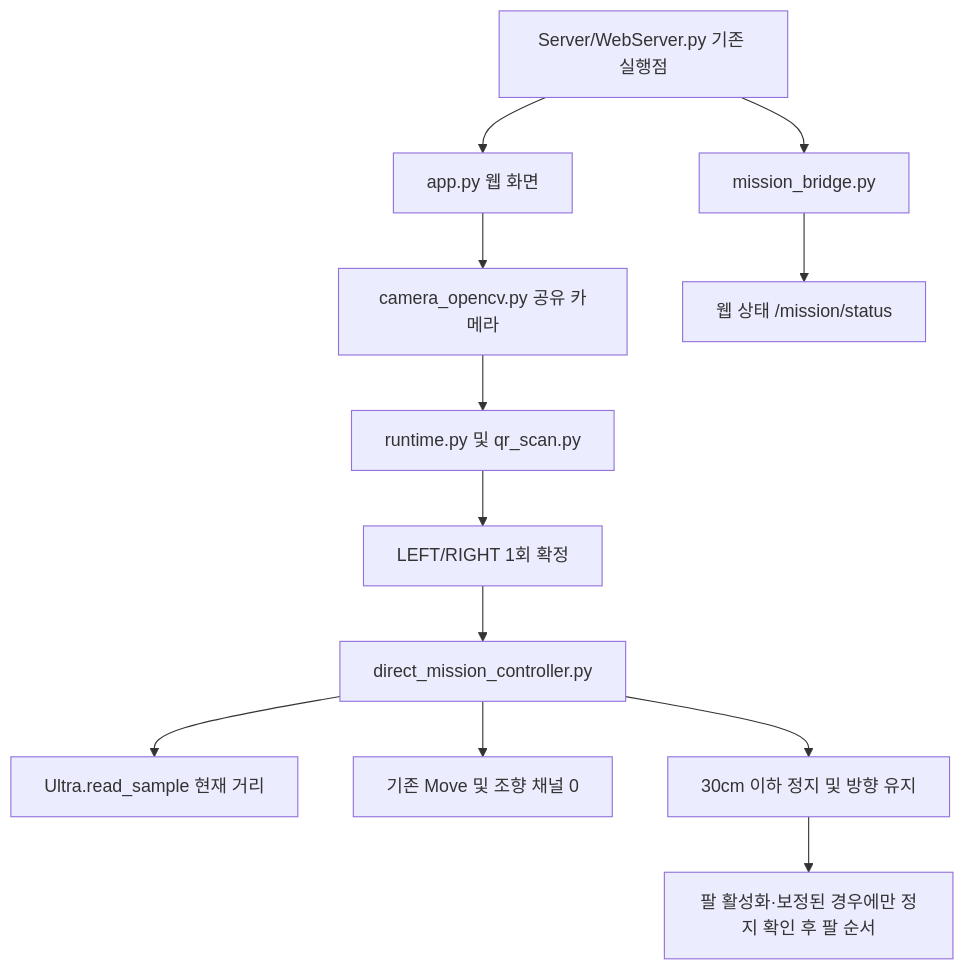
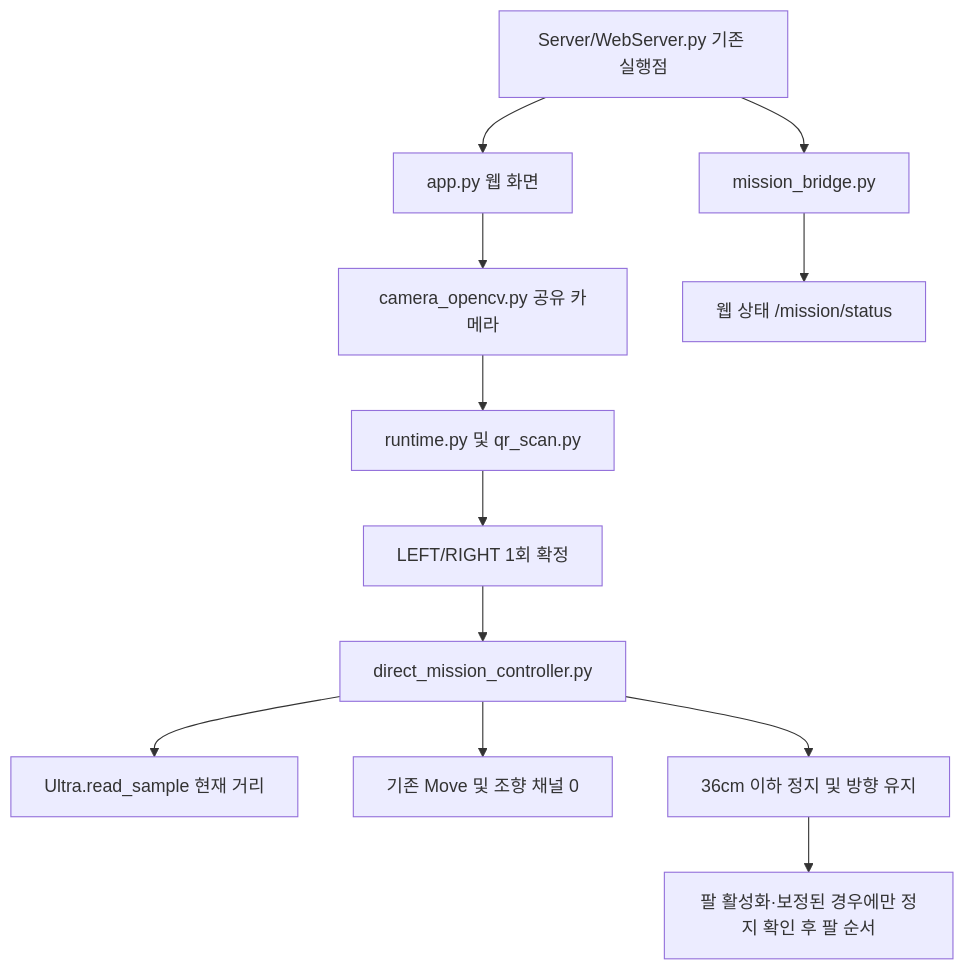
One commit to goldpiggg/picar changed the diagram in README.md. Above: the diagram before and after it, drawn with Mermaid. The commit also changed other lines of this file and 12 other files, not shown here.

````diff
--- a/README.md
+++ b/README.md
@@ -24,14 +24,14 @@
 ```mermaid
 flowchart TD
     W[Server/WebServer.py 기존 실행점] --> B[mission_bridge.py]
     W --> A[app.py 웹 화면]
     A --> C[camera_opencv.py 공유 카메라]
     C --> Q[runtime.py 및 qr_scan.py]
     Q --> R[LEFT/RIGHT 1회 확정]
     R --> D[direct_mission_controller.py]
     D --> U[Ultra.read_sample 현재 거리]
     D --> M[기존 Move 및 조향 채널 0]
-    D --> S[30cm 이하 정지 및 방향 유지]
+    D --> S[36cm 이하 정지 및 방향 유지]
     S --> H[팔 활성화·보정된 경우에만 정지 확인 후 팔 순서]
     B --> P[웹 상태 /mission/status]
 ```
````
